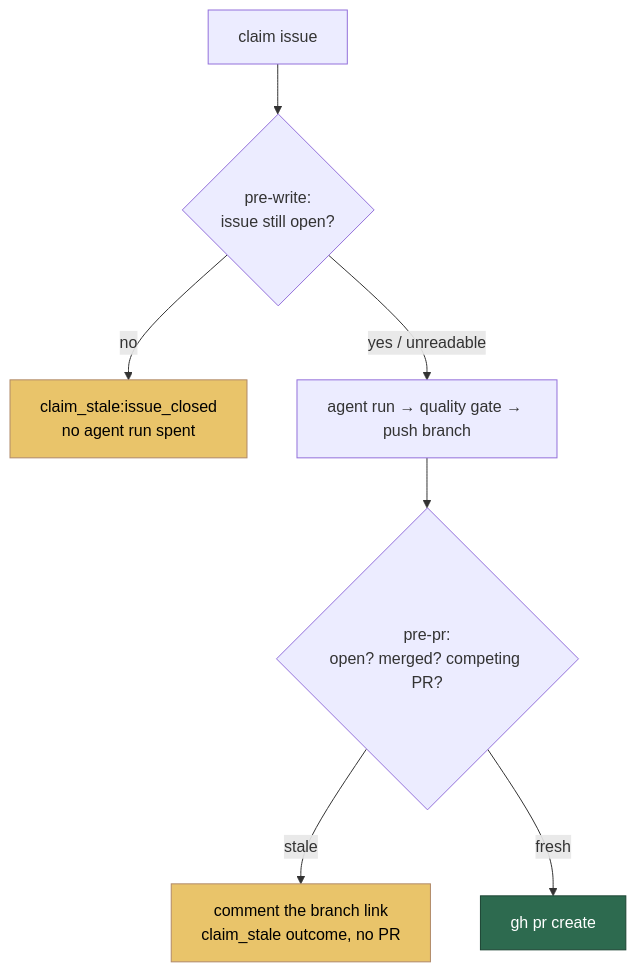
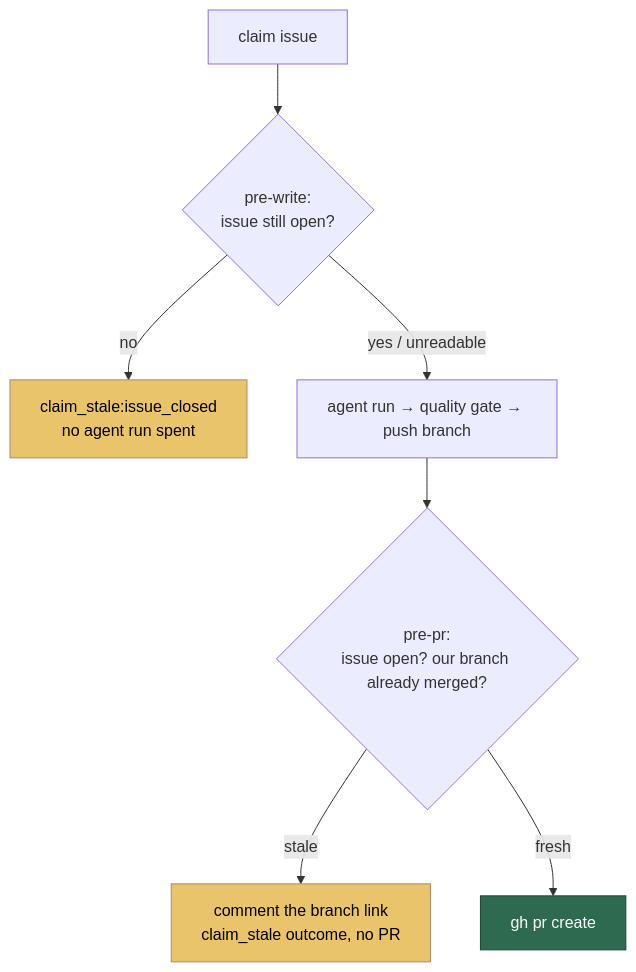
One commit to stSoftwareAU/VibeCoder changed diagram 12 of 20 in docs/INTERNALS.md. Above: the diagram before and after it, drawn with Mermaid. The commit also changed other lines of this file and 1 other file, not shown here.

First line of the commit message:
Document the claim-freshness re-check and add the PR summary (Issue #344)

````diff
--- a/docs/INTERNALS.md
+++ b/docs/INTERNALS.md
@@ -1404,12 +1410,12 @@
 ```mermaid
 flowchart TD
     C["claim issue"] --> W{"pre-write:<br/>issue still open?"}
     W -- no --> S1["claim_stale:issue_closed<br/>no agent run spent"]
     W -- "yes / unreadable" --> A["agent run → quality gate → push branch"]
-    A --> P{"pre-pr:<br/>open? merged? competing PR?"}
+    A --> P{"pre-pr:<br/>issue open? our branch already merged?"}
     P -- stale --> S2["comment the branch link<br/>claim_stale outcome, no PR"]
     P -- fresh --> PR["gh pr create"]
     style S1 fill:#e9c46a,stroke:#b08968,color:#000
     style S2 fill:#e9c46a,stroke:#b08968,color:#000
     style PR fill:#2d6a4f,stroke:#1b4332,color:#fff
 ```
````
